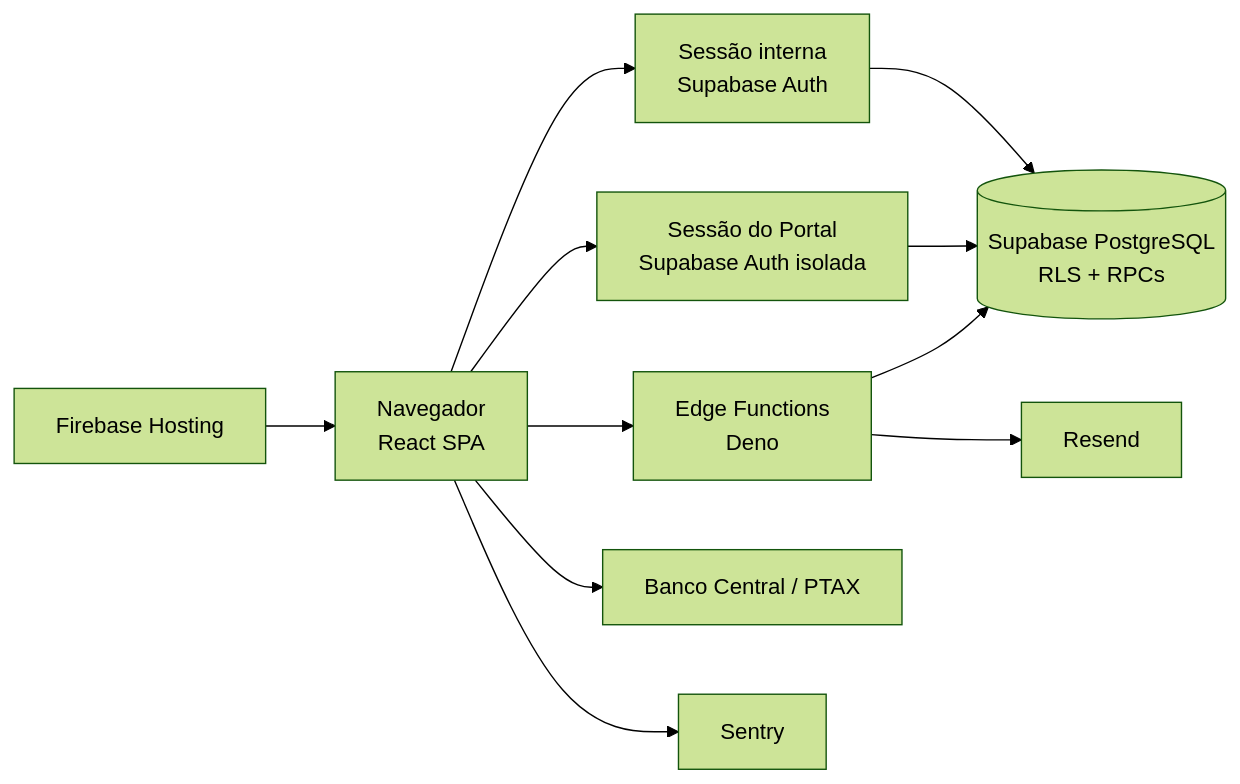
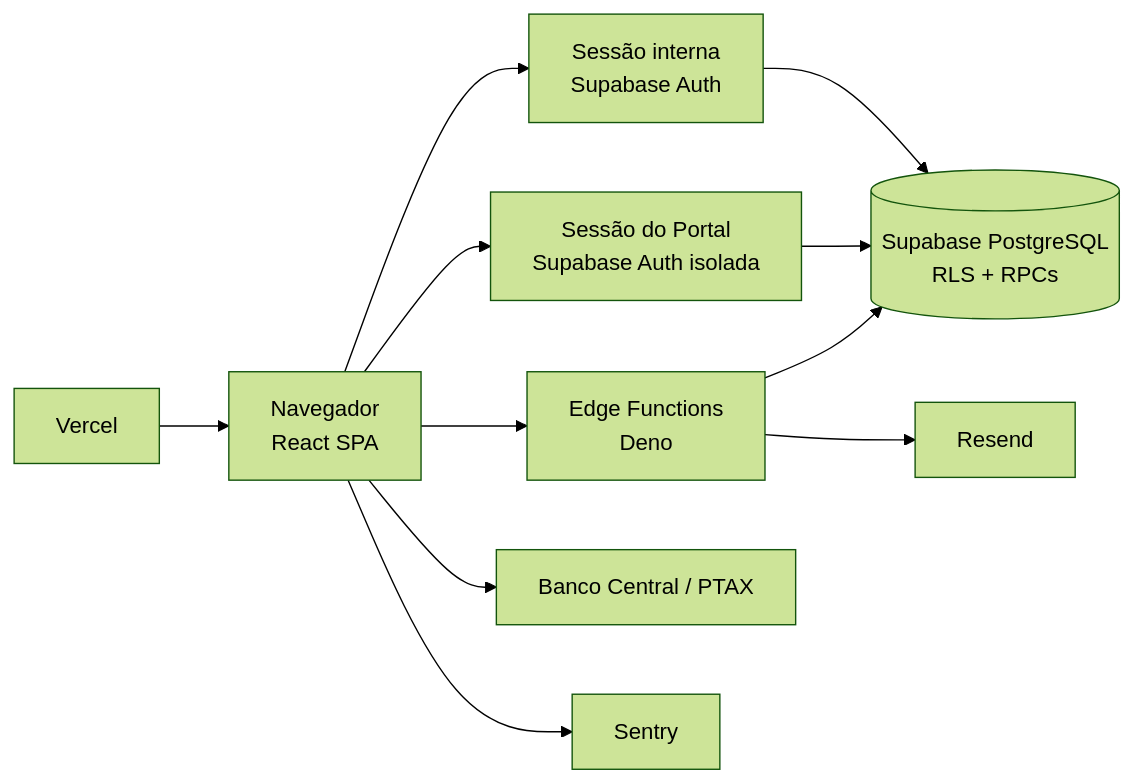
One commit to luccafwlog/transhippingdesk changed the first of 2 diagrams in docs/ARCHITECTURE.md. Above: the diagram before and after it, drawn with Mermaid (forest theme). The commit also changed other lines of this file and 13 other files, not shown here.

Commit message:
chore: migrate frontend hosting to Vercel

````diff
--- a/docs/ARCHITECTURE.md
+++ b/docs/ARCHITECTURE.md
@@ -11,23 +11,23 @@
 ```mermaid
 flowchart LR
     Browser["Navegador<br/>React SPA"]
     Internal["Sessão interna<br/>Supabase Auth"]
     Portal["Sessão do Portal<br/>Supabase Auth isolada"]
     Database[("Supabase PostgreSQL<br/>RLS + RPCs")]
     Functions["Edge Functions<br/>Deno"]
     Resend["Resend"]
     BCB["Banco Central / PTAX"]
     Sentry["Sentry"]
-    Firebase["Firebase Hosting"]
+    Vercel["Vercel"]
 
     Browser --> Internal
     Browser --> Portal
     Internal --> Database
     Portal --> Database
     Browser --> Functions
     Functions --> Database
     Functions --> Resend
     Browser --> BCB
     Browser --> Sentry
-    Firebase --> Browser
+    Vercel --> Browser
 ```
````
